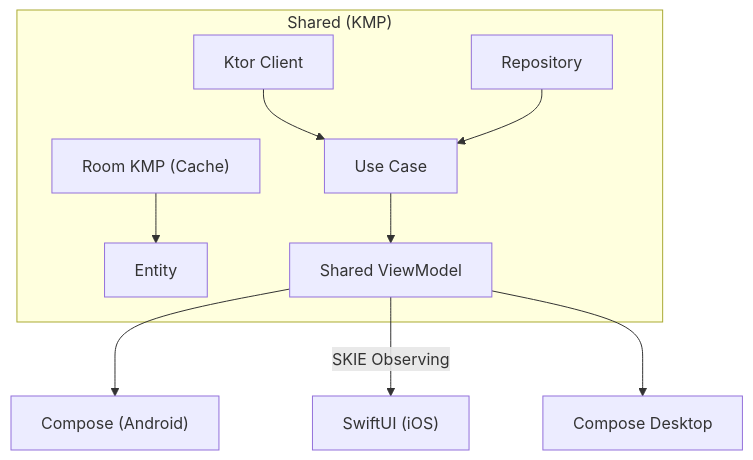
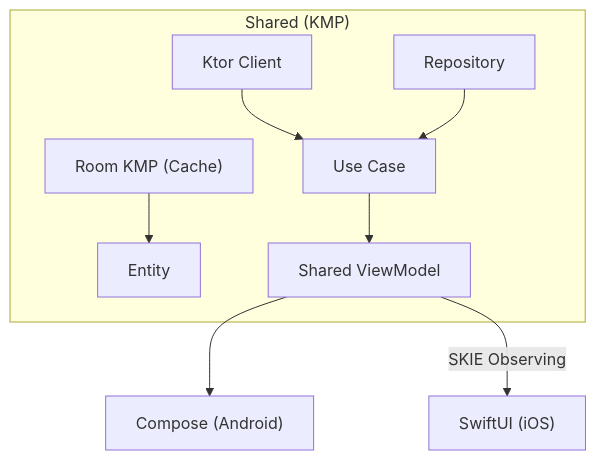
One commit to javiddeveloper/Tamin-ICT--Clean-Modular-CMP- changed the diagram in README.md. Above: the diagram before and after it, drawn with Mermaid. The commit also changed other lines of this file and 24 other files, not shown here.

````diff
--- a/README.md
+++ b/README.md
@@ -100,11 +84,10 @@
 ```mermaid
 graph TB
     subgraph shared["Shared (KMP)"]
         ktor["Ktor Client"] & repo["Repository"] --> usecase["Use Case"]
         room["Room KMP (Cache)"] --> entity["Entity"]
         usecase --> vm["Shared ViewModel"]
     end
     vm --> compose["Compose (Android)"]
     vm -- "SKIE Observing" --> swiftui["SwiftUI (iOS)"]
-    vm --> cdesktop["Compose Desktop"]
 ```
````
